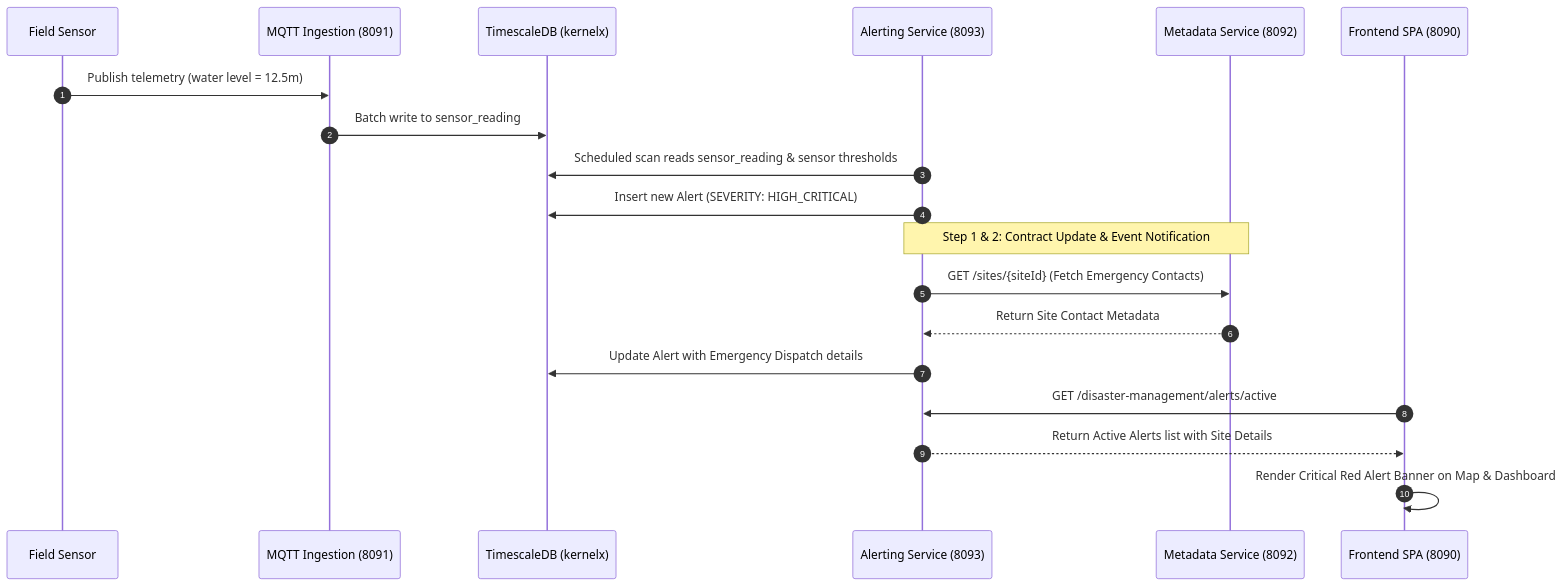
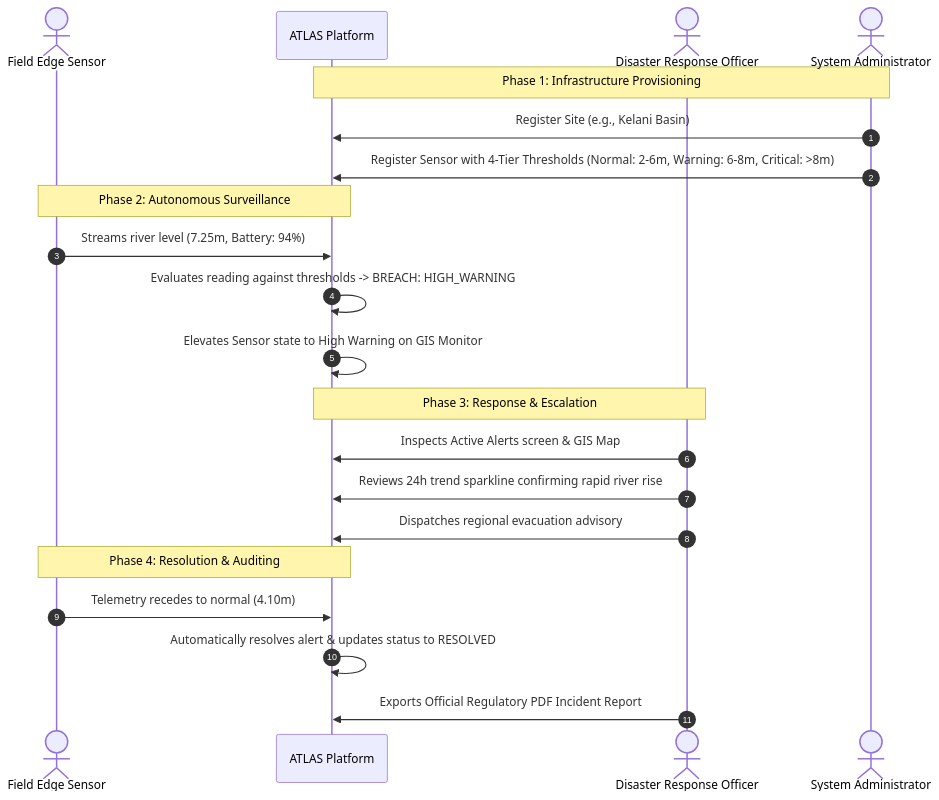
The second of 3 diagrams in README.md (dinithrk/my-first-repo), drawn with Mermaid before and after one commit. The commit also changed other lines of this file, not shown here.

````diff
--- a/README.md
+++ b/README.md
@@ -424,22 +108,27 @@
 ```mermaid
 sequenceDiagram
     autonumber
-    participant Sensor as Field Sensor
-    participant MQTT as MQTT Ingestion (8091)
-    participant DB as TimescaleDB (kernelx)
-    participant AlertSvc as Alerting Service (8093)
-    participant MetaSvc as Metadata Service (8092)
-    participant Frontend as Frontend SPA (8090)
+    actor Field as Field Edge Sensor
+    participant System as ATLAS Platform
+    actor Operator as Disaster Response Officer
+    actor Admin as System Administrator
 
-    Sensor->>MQTT: Publish telemetry (water level = 12.5m)
-    MQTT->>DB: Batch write to sensor_reading
-    AlertSvc->>DB: Scheduled scan reads sensor_reading & sensor thresholds
-    AlertSvc->>DB: Insert new Alert (SEVERITY: HIGH_CRITICAL)
-    Note over AlertSvc,MetaSvc: Step 1 & 2: Contract Update & Event Notification
-    AlertSvc->>MetaSvc: GET /sites/{siteId} (Fetch Emergency Contacts)
-    MetaSvc-->>AlertSvc: Return Site Contact Metadata
-    AlertSvc->>DB: Update Alert with Emergency Dispatch details
-    Frontend->>AlertSvc: GET /disaster-management/alerts/active
-    AlertSvc-->>Frontend: Return Active Alerts list with Site Details
-    Frontend->>Frontend: Render Critical Red Alert Banner on Map & Dashboard
+    Note over Admin,System: Phase 1: Infrastructure Provisioning
+    Admin->>System: Register Site (e.g., Kelani Basin)
+    Admin->>System: Register Sensor with 4-Tier Thresholds (Normal: 2-6m, Warning: 6-8m, Critical: >8m)
+
+    Note over Field,System: Phase 2: Autonomous Surveillance
+    Field->>System: Streams river level (7.25m, Battery: 94%)
+    System->>System: Evaluates reading against thresholds -> BREACH: HIGH_WARNING
+    System->>System: Elevates Sensor state to High Warning on GIS Monitor
+
+    Note over Operator,System: Phase 3: Response & Escalation
+    Operator->>System: Inspects Active Alerts screen & GIS Map
+    Operator->>System: Reviews 24h trend sparkline confirming rapid river rise
+    Operator->>System: Dispatches regional evacuation advisory
+
+    Note over Field,System: Phase 4: Resolution & Auditing
+    Field->>System: Telemetry recedes to normal (4.10m)
+    System->>System: Automatically resolves alert & updates status to RESOLVED
+    Operator->>System: Exports Official Regulatory PDF Incident Report
 ```
````
